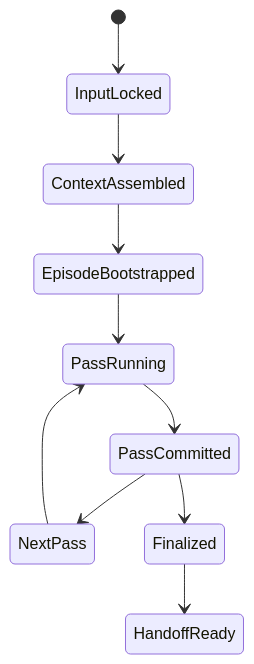
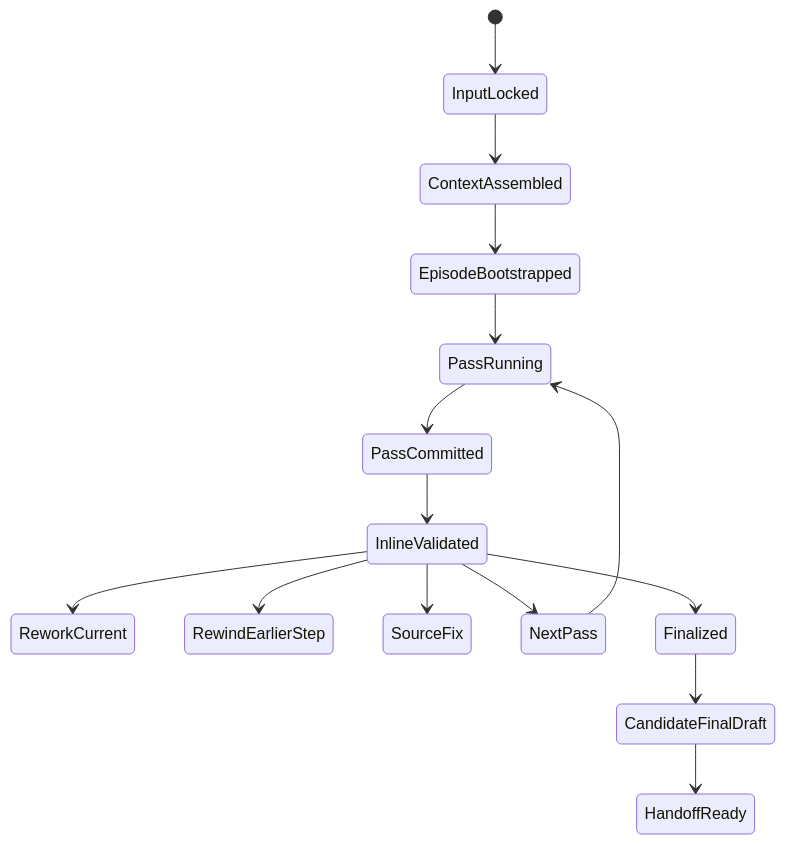
The third of 3 diagrams in .agents/skills/story/3-Drafting/SKILL.md (ZEN-VOID/AI-CUT), drawn with Mermaid before and after one commit. The commit also changed other lines of this file and 291 other files, not shown here.

````diff
--- a/.agents/skills/story/3-Drafting/SKILL.md
+++ b/.agents/skills/story/3-Drafting/SKILL.md
@@ -218,12 +252,17 @@
 ```mermaid
 stateDiagram-v2
     [*] --> InputLocked
     InputLocked --> ContextAssembled
     ContextAssembled --> EpisodeBootstrapped
     EpisodeBootstrapped --> PassRunning
     PassRunning --> PassCommitted
-    PassCommitted --> NextPass
+    PassCommitted --> InlineValidated
+    InlineValidated --> ReworkCurrent
+    InlineValidated --> RewindEarlierStep
+    InlineValidated --> SourceFix
+    InlineValidated --> NextPass
     NextPass --> PassRunning
-    PassCommitted --> Finalized
-    Finalized --> HandoffReady
+    InlineValidated --> Finalized
+    Finalized --> CandidateFinalDraft
+    CandidateFinalDraft --> HandoffReady
 ```
````
